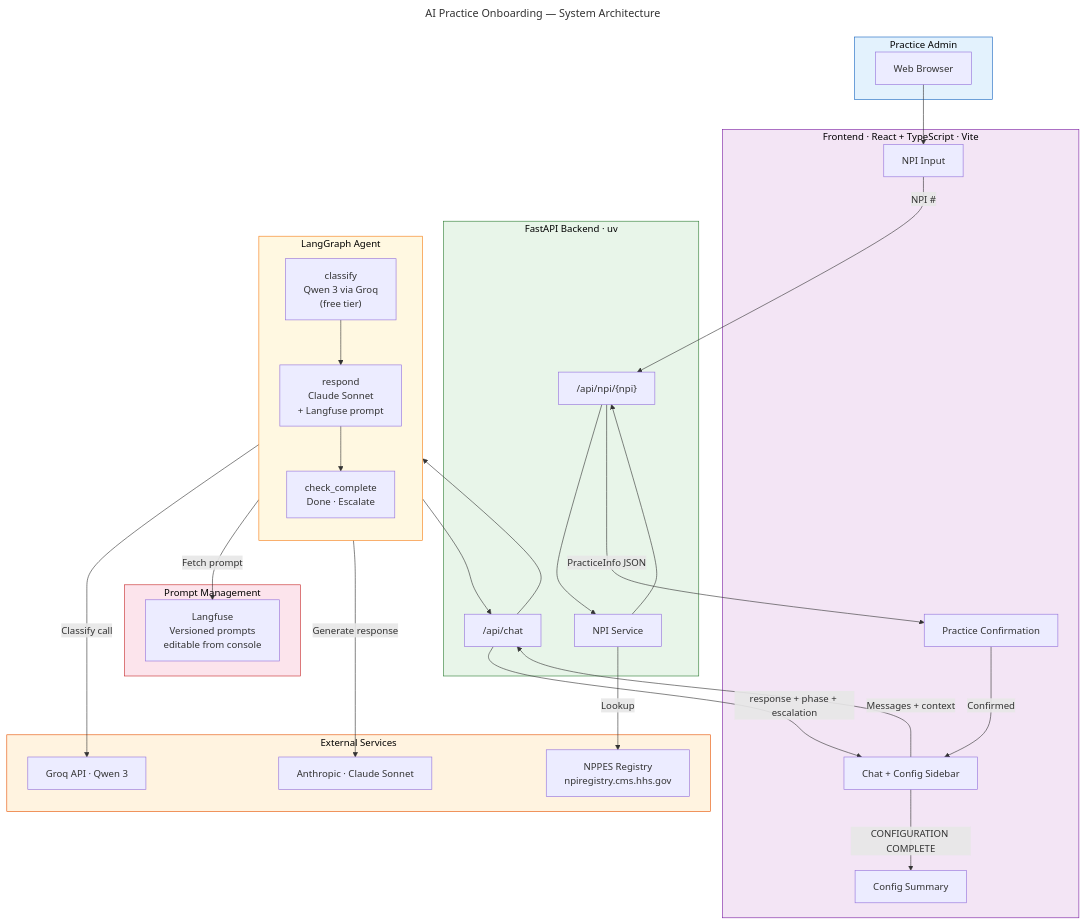
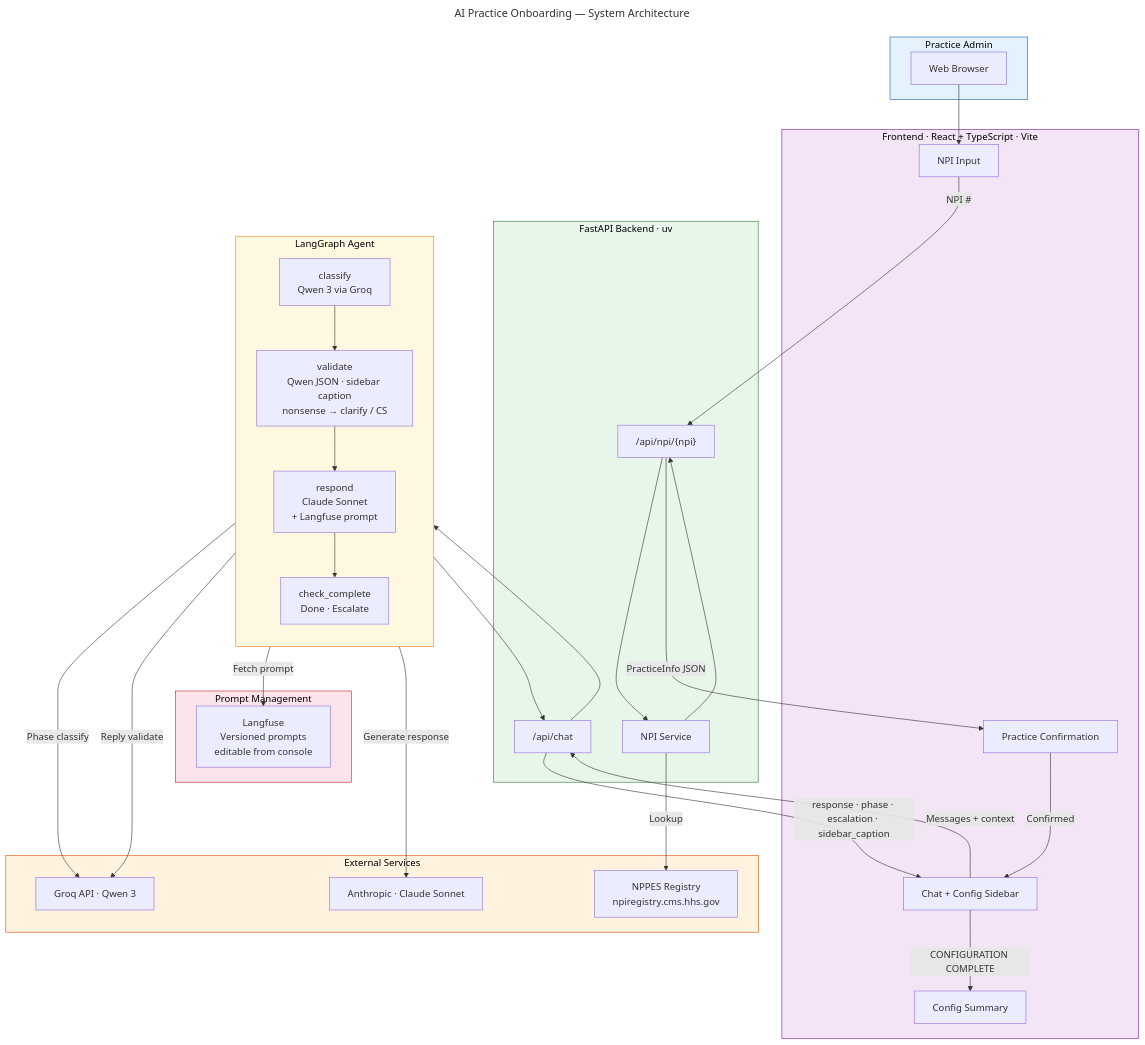
The diagram in docs/architecture.mermaid (mmoussaif/prescriberAI), drawn with Mermaid before and after one commit. The commit also changed 20 other files, not shown here.

First line of the commit message:
Add reply validation, sidebar captions, and escalation phone UX

```diff
--- a/docs/architecture.mermaid
+++ b/docs/architecture.mermaid
@@ -1,63 +1,65 @@
 ---
 title: AI Practice Onboarding — System Architecture
 ---
 
 flowchart TB
     subgraph USER["Practice Admin"]
         Browser["Web Browser"]
     end
 
     subgraph FRONTEND["Frontend · React + TypeScript · Vite"]
         NPI_Form["NPI Input"]
         Confirm["Practice Confirmation"]
         Chat_UI["Chat + Config Sidebar"]
         Summary["Config Summary"]
     end
 
     subgraph BACKEND["FastAPI Backend · uv"]
         NPI_Router["/api/npi/{npi}"]
         Chat_Router["/api/chat"]
         NPI_Svc["NPI Service"]
     end
 
     subgraph LANGGRAPH["LangGraph Agent"]
         direction TB
-        Classify["classify<br/>Qwen 3 via Groq<br/>(free tier)"]
+        Classify["classify<br/>Qwen 3 via Groq"]
+        Validate["validate<br/>Qwen JSON · sidebar caption<br/>nonsense → clarify / CS"]
         Respond["respond<br/>Claude Sonnet<br/>+ Langfuse prompt"]
         Check["check_complete<br/>Done · Escalate"]
-        Classify --> Respond --> Check
+        Classify --> Validate --> Respond --> Check
     end
 
     subgraph PROMPTS["Prompt Management"]
         Langfuse["Langfuse<br/>Versioned prompts<br/>editable from console"]
     end
 
     subgraph EXTERNAL["External Services"]
         NPPES["NPPES Registry<br/>npiregistry.cms.hhs.gov"]
         Groq["Groq API · Qwen 3"]
         Claude["Anthropic · Claude Sonnet"]
     end
 
     Browser --> NPI_Form
     NPI_Form -->|"NPI #"| NPI_Router
     NPI_Router --> NPI_Svc
     NPI_Svc -->|"Lookup"| NPPES
     NPI_Svc --> NPI_Router
     NPI_Router -->|"PracticeInfo JSON"| Confirm
 
     Confirm -->|"Confirmed"| Chat_UI
     Chat_UI -->|"Messages + context"| Chat_Router
     Chat_Router --> Classify
-    Classify -->|"Classify call"| Groq
+    Classify -->|"Phase classify"| Groq
+    Validate -->|"Reply validate"| Groq
     Respond -->|"Fetch prompt"| Langfuse
     Respond -->|"Generate response"| Claude
     Check --> Chat_Router
-    Chat_Router -->|"response + phase + escalation"| Chat_UI
+    Chat_Router -->|"response · phase · escalation · sidebar_caption"| Chat_UI
     Chat_UI -->|"CONFIGURATION COMPLETE"| Summary
 
     style USER fill:#E3F2FD,stroke:#1565C0,color:#000
     style FRONTEND fill:#F3E5F5,stroke:#7B1FA2,color:#000
     style BACKEND fill:#E8F5E9,stroke:#2E7D32,color:#000
     style LANGGRAPH fill:#FFF8E1,stroke:#F57F17,color:#000
     style PROMPTS fill:#FCE4EC,stroke:#C62828,color:#000
     style EXTERNAL fill:#FFF3E0,stroke:#E65100,color:#000
```
